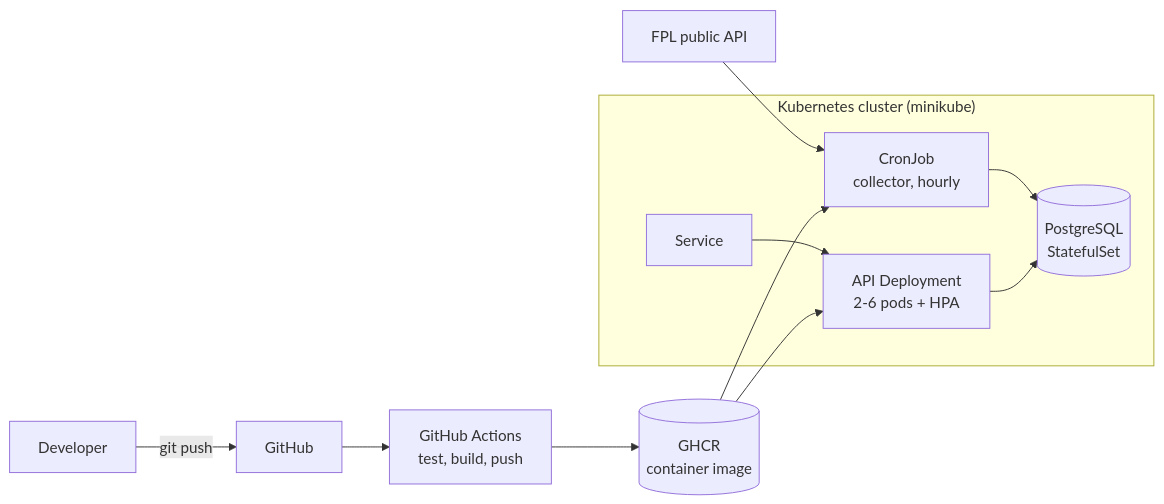
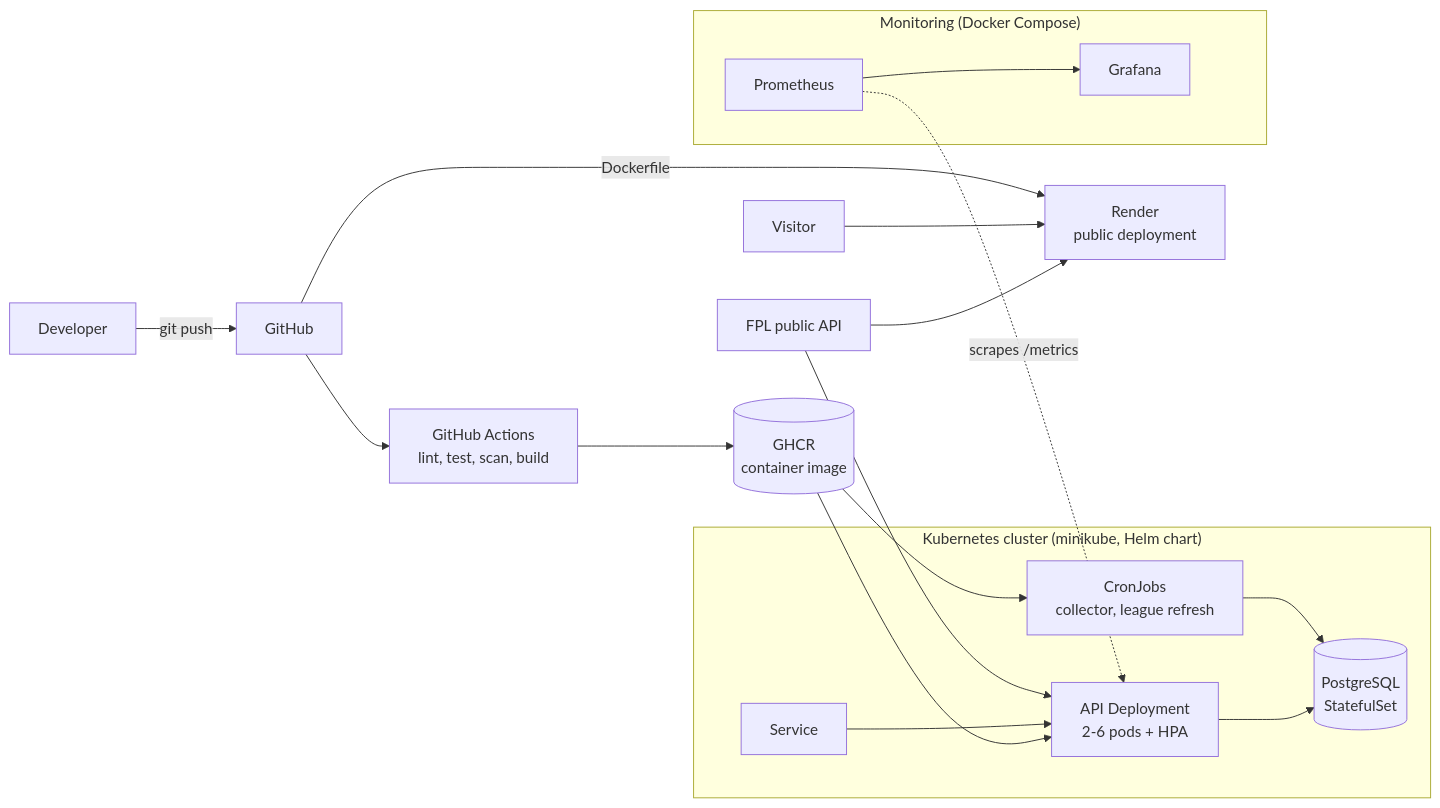
One commit to dominikfidos/fpl-radar changed the diagram in README.md. Above: the diagram before and after it, drawn with Mermaid. The commit also changed other lines of this file and 2 other files, not shown here.

````diff
--- a/README.md
+++ b/README.md
@@ -13,14 +19,21 @@
 ```mermaid
 flowchart LR
   dev["Developer"] -->|git push| gh["GitHub"]
-  gh --> ci["GitHub Actions<br/>test, build, push"]
+  gh --> ci["GitHub Actions<br/>lint, test, scan, build"]
   ci --> ghcr[("GHCR<br/>container image")]
-  fpl["FPL public API"] --> cron
-  subgraph k8s["Kubernetes cluster (minikube)"]
-    svc["Service"] --> api["API Deployment<br/>2-6 pods + HPA"]
-    cron["CronJob<br/>collector, hourly"] --> pg[("PostgreSQL<br/>StatefulSet")]
-    api --> pg
+  gh -->|Dockerfile| render["Render<br/>public deployment"]
+  user["Visitor"] --> render
+  fpl["FPL public API"] --> render
+  fpl --> k8sapi
+  subgraph k8s["Kubernetes cluster (minikube, Helm chart)"]
+    svc["Service"] --> k8sapi["API Deployment<br/>2-6 pods + HPA"]
+    cron["CronJobs<br/>collector, league refresh"] --> pg[("PostgreSQL<br/>StatefulSet")]
+    k8sapi --> pg
   end
-  ghcr --> api
+  ghcr --> k8sapi
   ghcr --> cron
+  subgraph mon["Monitoring (Docker Compose)"]
+    prom["Prometheus"] --> graf["Grafana"]
+  end
+  prom -.->|scrapes /metrics| k8sapi
 ```
````
